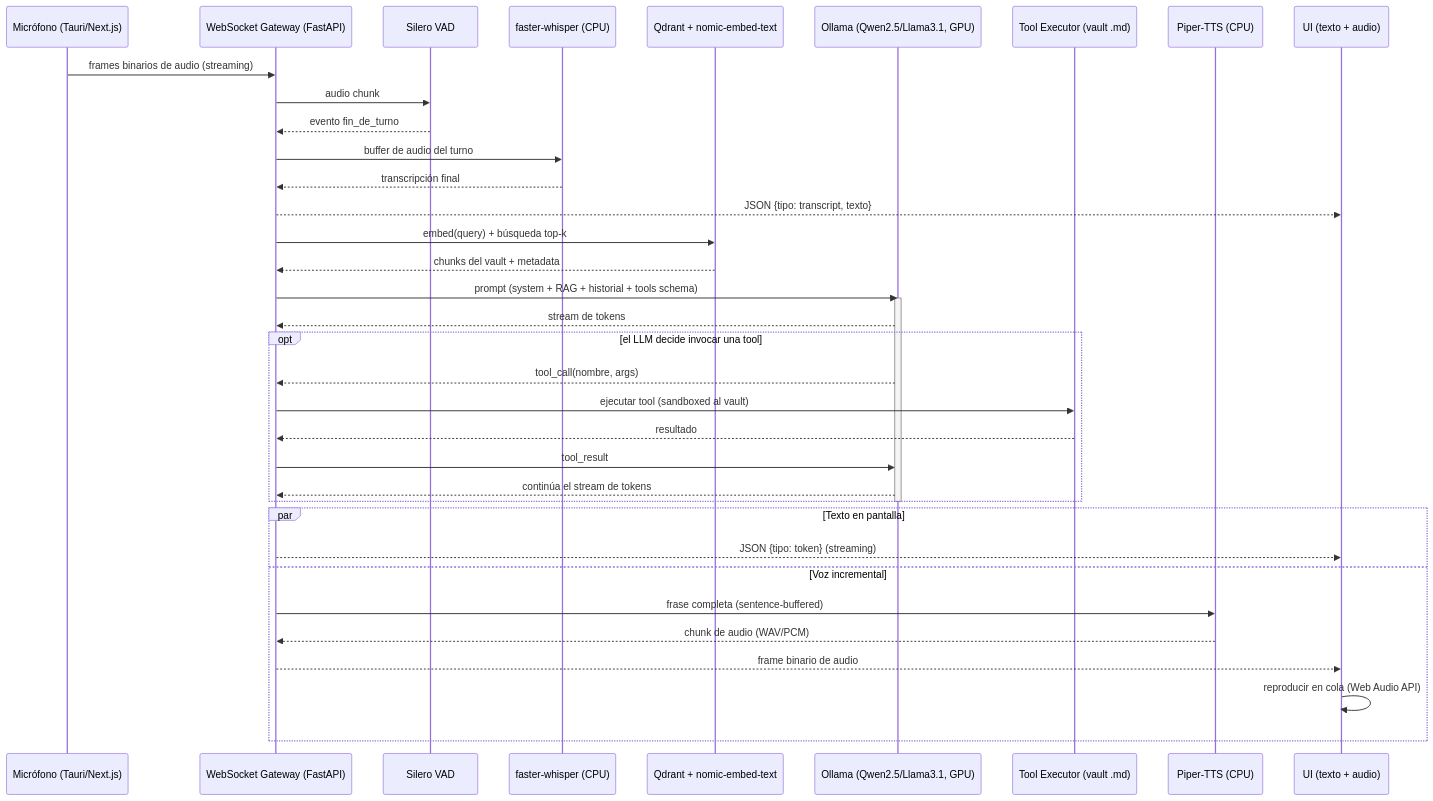
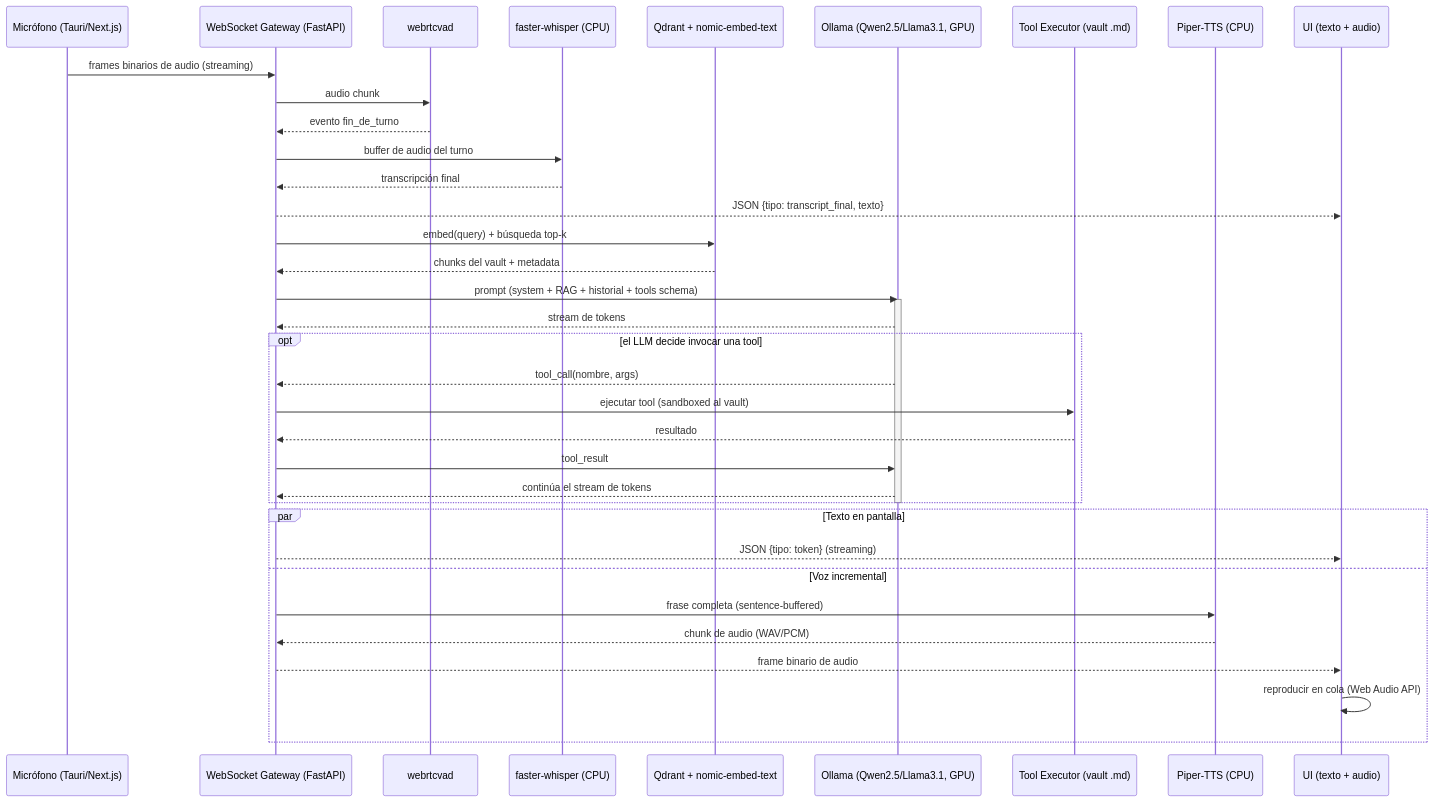
The diagram in docs/ARCHITECTURE.md (OliverRevilla/offline-personal-assistance), drawn with Mermaid before and after one commit. The commit also changed other lines of this file and 20 other files, not shown here.

Commit message:
Step 4 Roadmap

````diff
--- a/docs/ARCHITECTURE.md
+++ b/docs/ARCHITECTURE.md
@@ -18,43 +18,43 @@
 ```mermaid
 sequenceDiagram
     participant Mic as Micrófono (Tauri/Next.js)
     participant WS as WebSocket Gateway (FastAPI)
-    participant VAD as Silero VAD
+    participant VAD as webrtcvad
     participant STT as faster-whisper (CPU)
     participant RAG as Qdrant + nomic-embed-text
     participant LLM as Ollama (Qwen2.5/Llama3.1, GPU)
     participant Tool as Tool Executor (vault .md)
     participant TTS as Piper-TTS (CPU)
     participant UI as UI (texto + audio)
 
     Mic->>WS: frames binarios de audio (streaming)
     WS->>VAD: audio chunk
     VAD-->>WS: evento fin_de_turno
     WS->>STT: buffer de audio del turno
     STT-->>WS: transcripción final
-    WS-->>UI: JSON {tipo: transcript, texto}
+    WS-->>UI: JSON {tipo: transcript_final, texto}
 
     WS->>RAG: embed(query) + búsqueda top-k
     RAG-->>WS: chunks del vault + metadata
 
     WS->>LLM: prompt (system + RAG + historial + tools schema)
     activate LLM
     LLM-->>WS: stream de tokens
     opt el LLM decide invocar una tool
         LLM-->>WS: tool_call(nombre, args)
         WS->>Tool: ejecutar tool (sandboxed al vault)
         Tool-->>WS: resultado
         WS->>LLM: tool_result
         LLM-->>WS: continúa el stream de tokens
     end
     deactivate LLM
 
     par Texto en pantalla
         WS-->>UI: JSON {tipo: token} (streaming)
     and Voz incremental
         WS->>TTS: frase completa (sentence-buffered)
         TTS-->>WS: chunk de audio (WAV/PCM)
         WS-->>UI: frame binario de audio
         UI->>UI: reproducir en cola (Web Audio API)
     end
 ```
````
